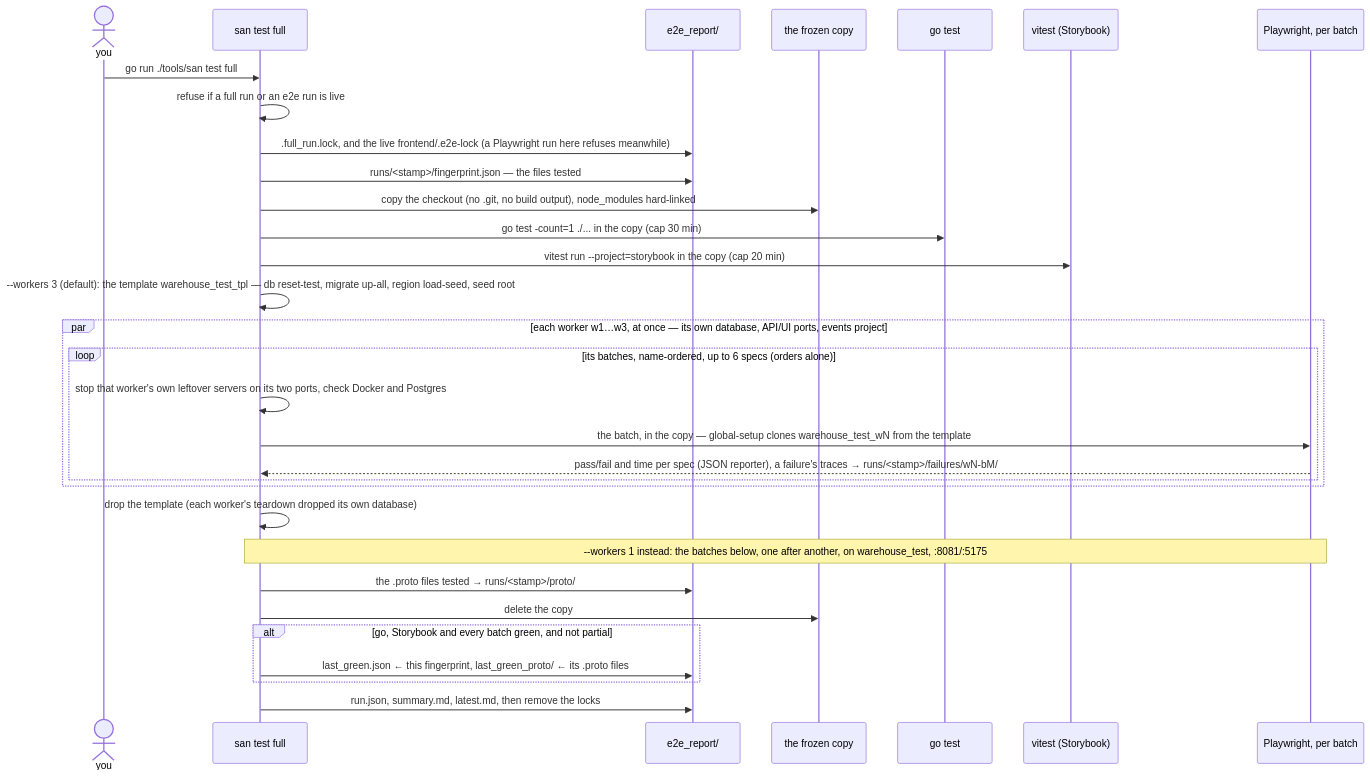
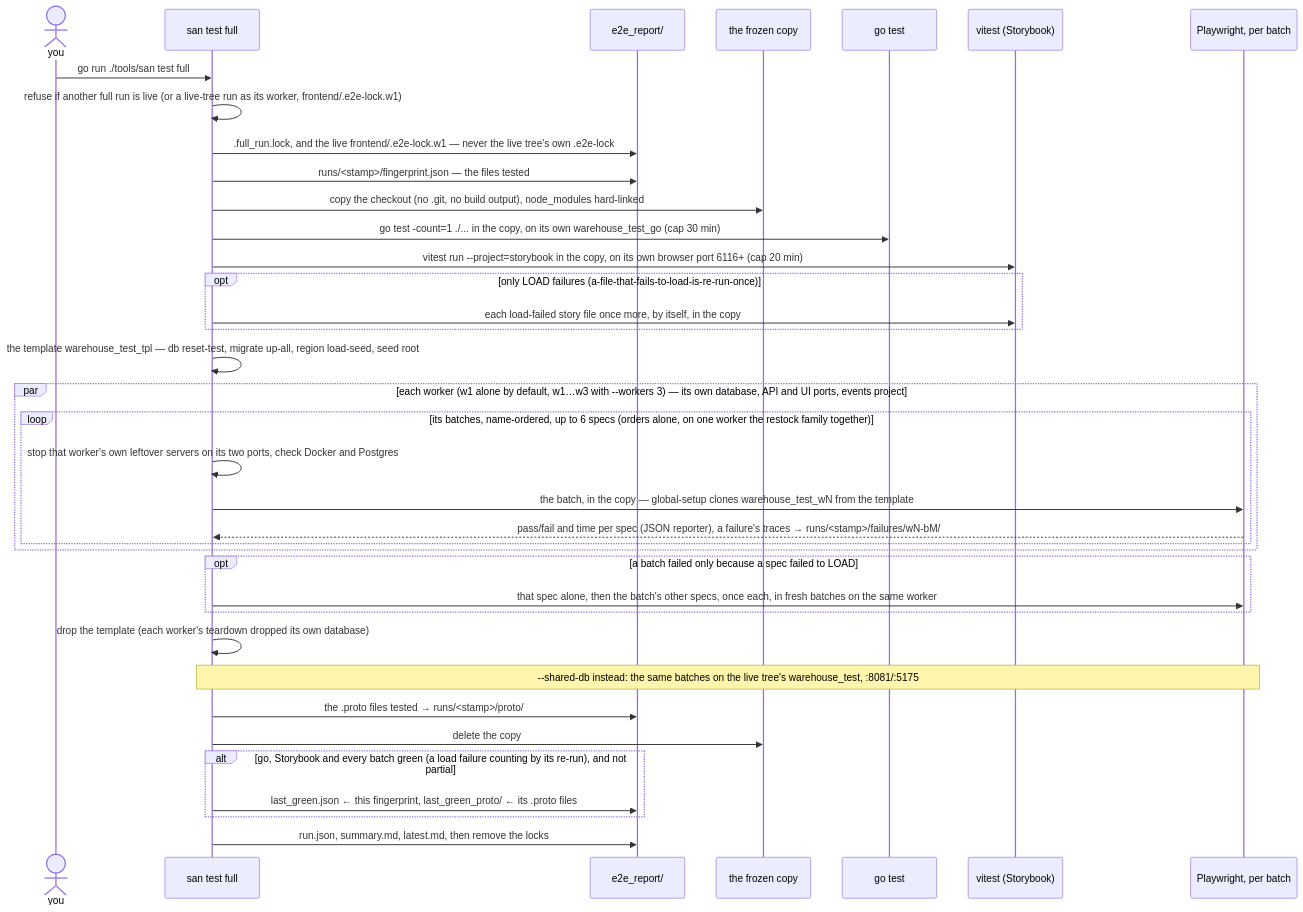
Before and after one commit to pdcgo/warehouse_revamp: the fifth of 24 diagrams in docs/tools/san.md, drawn with Mermaid. The commit also changed other lines of this file and 150 other files, not shown here.

````diff
--- a/docs/tools/san.md
+++ b/docs/tools/san.md
@@ -738,33 +744,39 @@
 ```mermaid
 sequenceDiagram
     actor P as you
     participant S as san test full
     participant R as e2e_report/
     participant C as the frozen copy
     participant G as go test
     participant V as vitest (Storybook)
     participant W as Playwright, per batch
     P->>S: go run ./tools/san test full
-    S->>S: refuse if a full run or an e2e run is live
-    S->>R: .full_run.lock, and the live frontend/.e2e-lock (a Playwright run here refuses meanwhile)
+    S->>S: refuse if another full run is live (or a live-tree run as its worker, frontend/.e2e-lock.w1)
+    S->>R: .full_run.lock, and the live frontend/.e2e-lock.w1 — never the live tree's own .e2e-lock
     S->>R: runs/<stamp>/fingerprint.json — the files tested
     S->>C: copy the checkout (no .git, no build output), node_modules hard-linked
-    S->>G: go test -count=1 ./... in the copy (cap 30 min)
-    S->>V: vitest run --project=storybook in the copy (cap 20 min)
-    S->>S: --workers 3 (default): the template warehouse_test_tpl — db reset-test, migrate up-all, region load-seed, seed root
-    par each worker w1…w3, at once — its own database, API/UI ports, events project
-        loop its batches, name-ordered, up to 6 specs (orders alone)
+    S->>G: go test -count=1 ./... in the copy, on its own warehouse_test_go (cap 30 min)
+    S->>V: vitest run --project=storybook in the copy, on its own browser port 6116+ (cap 20 min)
+    opt only LOAD failures (a-file-that-fails-to-load-is-re-run-once)
+        S->>V: each load-failed story file once more, by itself, in the copy
+    end
+    S->>S: the template warehouse_test_tpl — db reset-test, migrate up-all, region load-seed, seed root
+    par each worker (w1 alone by default, w1…w3 with --workers 3) — its own database, API and UI ports, events project
+        loop its batches, name-ordered, up to 6 specs (orders alone, on one worker the restock family together)
             S->>S: stop that worker's own leftover servers on its two ports, check Docker and Postgres
             S->>W: the batch, in the copy — global-setup clones warehouse_test_wN from the template
             W-->>S: pass/fail and time per spec (JSON reporter), a failure's traces → runs/<stamp>/failures/wN-bM/
         end
     end
+    opt a batch failed only because a spec failed to LOAD
+        S->>W: that spec alone, then the batch's other specs, once each, in fresh batches on the same worker
+    end
     S->>S: drop the template (each worker's teardown dropped its own database)
-    Note over S,W: --workers 1 instead: the batches below, one after another, on warehouse_test, :8081/:5175
+    Note over S,W: --shared-db instead: the same batches on the live tree's warehouse_test, :8081/:5175
     S->>R: the .proto files tested → runs/<stamp>/proto/
     S->>C: delete the copy
-    alt go, Storybook and every batch green, and not partial
+    alt go, Storybook and every batch green (a load failure counting by its re-run), and not partial
         S->>R: last_green.json ← this fingerprint, last_green_proto/ ← its .proto files
     end
     S->>R: run.json, summary.md, latest.md, then remove the locks
 ```
````
